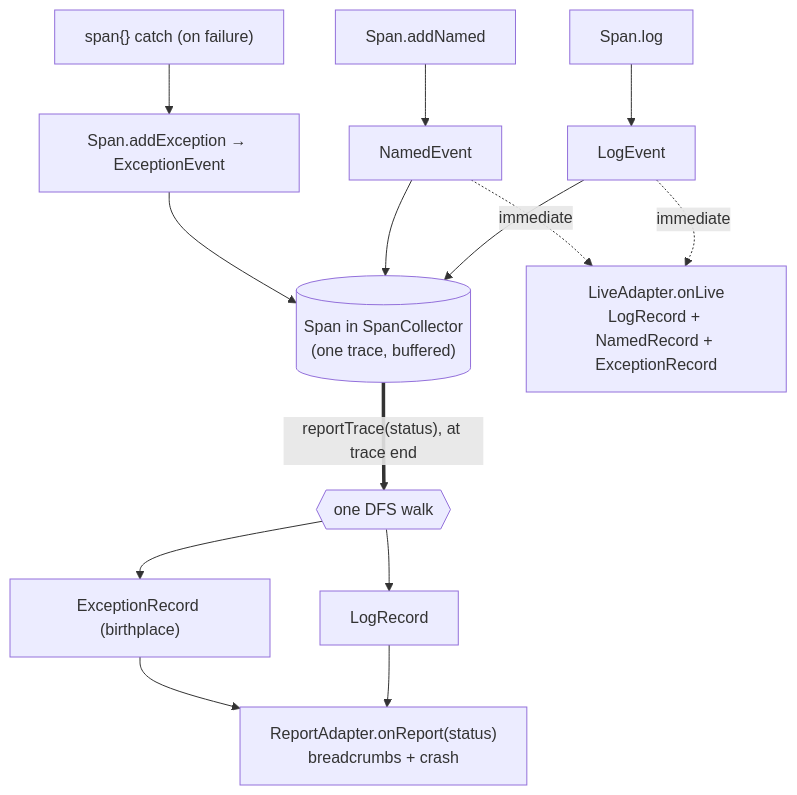
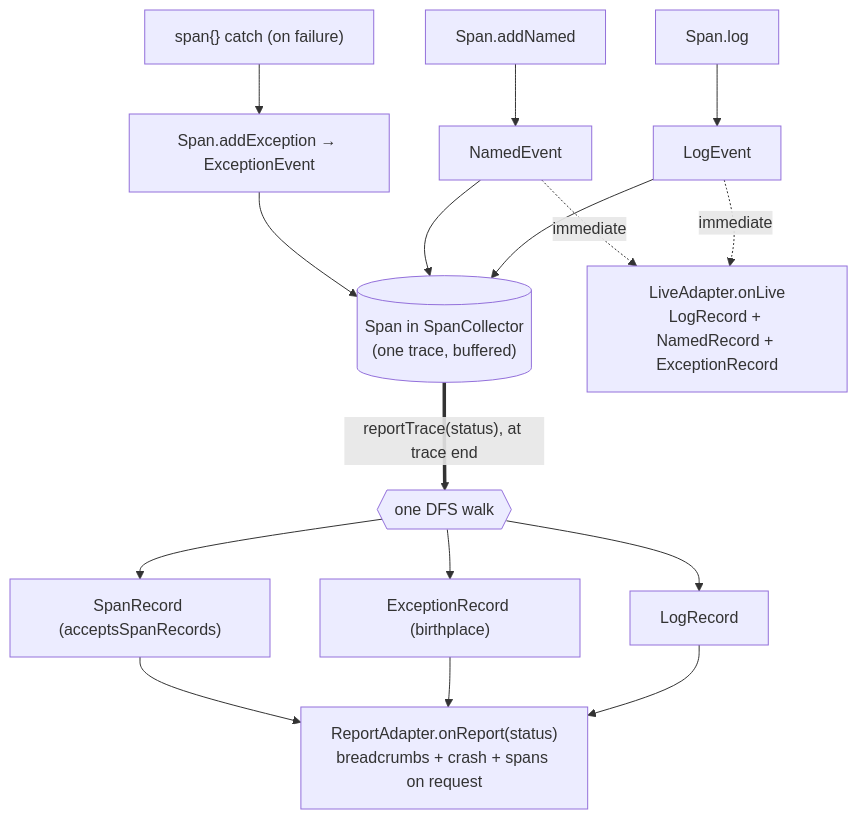
The first of 4 diagrams in ARCHITECTURE.md (Kotrace/kotrace), drawn with Mermaid before and after one commit. The commit also changed other lines of this file and 29 other files, not shown here.

````diff
--- a/ARCHITECTURE.md
+++ b/ARCHITECTURE.md
@@ -31,22 +31,24 @@
 ```mermaid
 flowchart TD
   logSpan["Span.log"] --> LE["LogEvent"]
   addEvent["Span.addNamed"] --> NE["NamedEvent"]
   catch["span{} catch (on failure)"] --> ERR["Span.addException → ExceptionEvent"]
 
   LE --> SP[("Span in SpanCollector<br/>(one trace, buffered)")]
   NE --> SP
   ERR --> SP
 
   LE -.->|immediate| LIVE
   NE -.->|immediate| LIVE
 
   SP ==>|"reportTrace(status), at trace end"| WALK{{"one DFS walk"}}
   WALK --> LR["LogRecord"]
   WALK --> XR["ExceptionRecord (birthplace)"]
+  WALK --> SR["SpanRecord (acceptsSpanRecords)"]
 
   LIVE["LiveAdapter.onLive<br/>LogRecord + NamedRecord + ExceptionRecord"]
   LR --> REPORT
   XR --> REPORT
-  REPORT["ReportAdapter.onReport(status)<br/>breadcrumbs + crash"]
+  SR --> REPORT
+  REPORT["ReportAdapter.onReport(status)<br/>breadcrumbs + crash + spans on request"]
 ```
````
